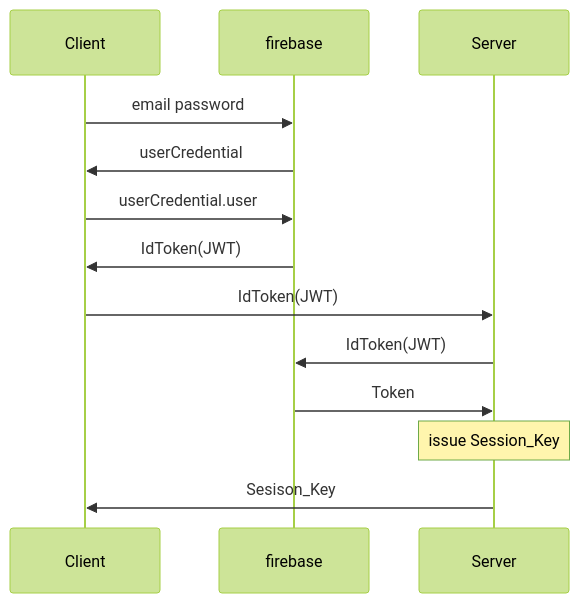
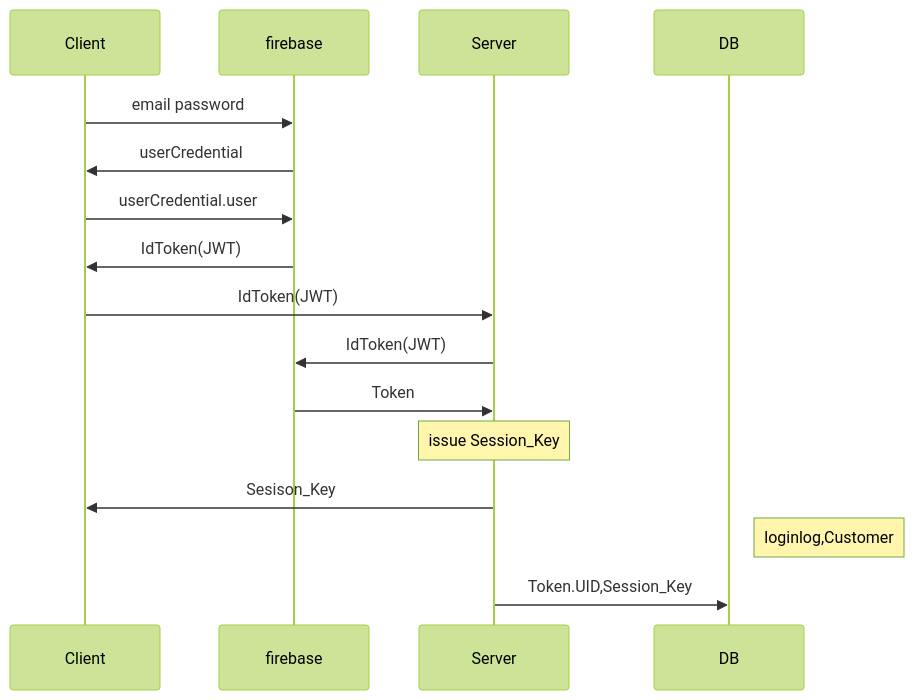
Before and after one commit to WhatACotton/CharisWorks-BackEnd: the third of 6 diagrams in README.md, drawn with Mermaid (forest theme). The commit also changed other lines of this file, not shown here.

````diff
--- a/README.md
+++ b/README.md
@@ -49,19 +49,19 @@
 ```mermaid
 sequenceDiagram
 participant Client
 participant firebase
-
 participant Server
-
+participant DB
 
 Client ->> firebase:email password
 firebase ->> Client: userCredential
 Client ->> firebase:userCredential.user
 firebase ->> Client:IdToken(JWT)
 Client ->> Server: IdToken(JWT)
 Server ->> firebase:IdToken(JWT)
 firebase ->>Server:Token
 Note over Server:issue Session_Key
 Server ->> Client:Sesison_Key
-
+Note right of DB: loginlog,Customer
+Server ->> DB: Token.UID,Session_Key
 ```
````
